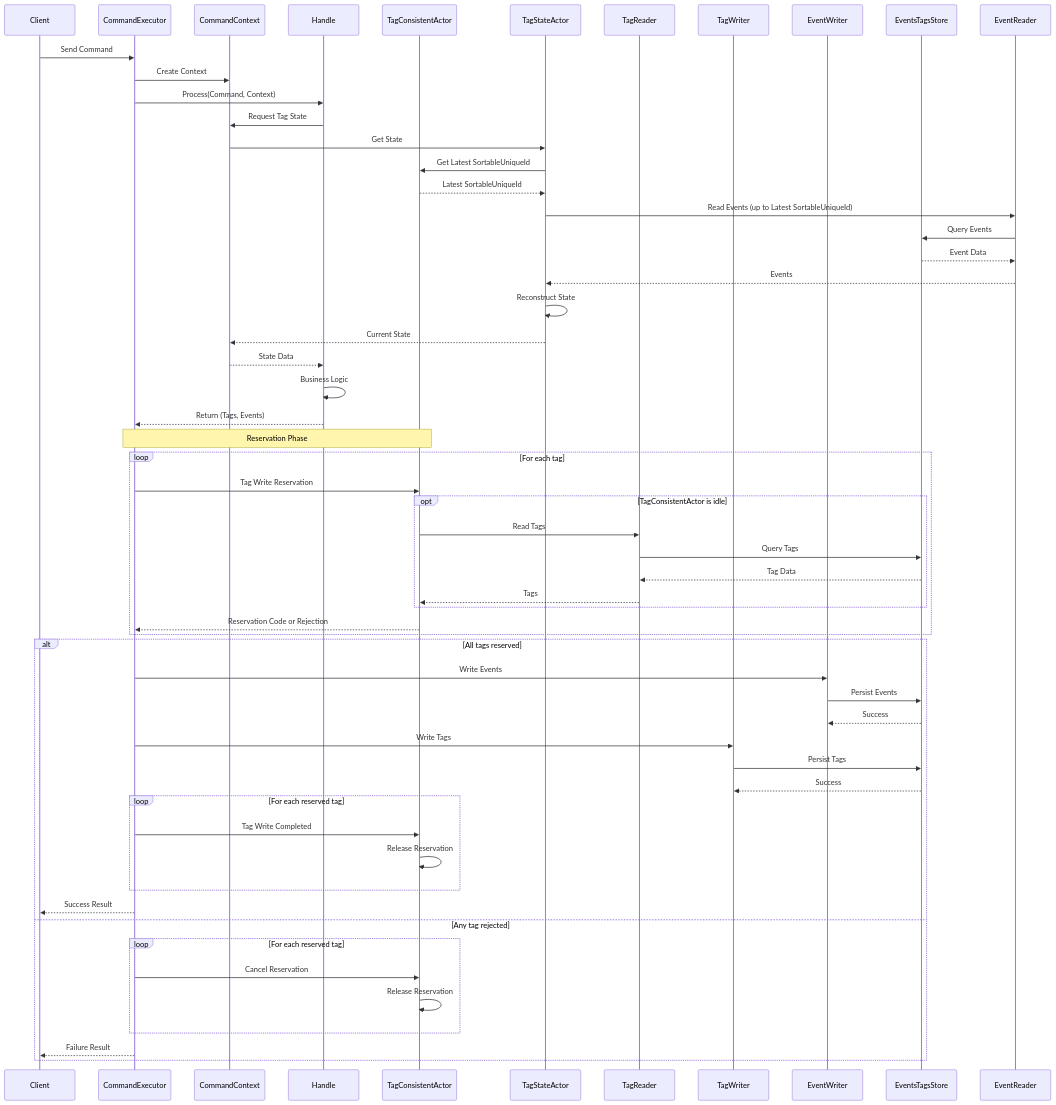
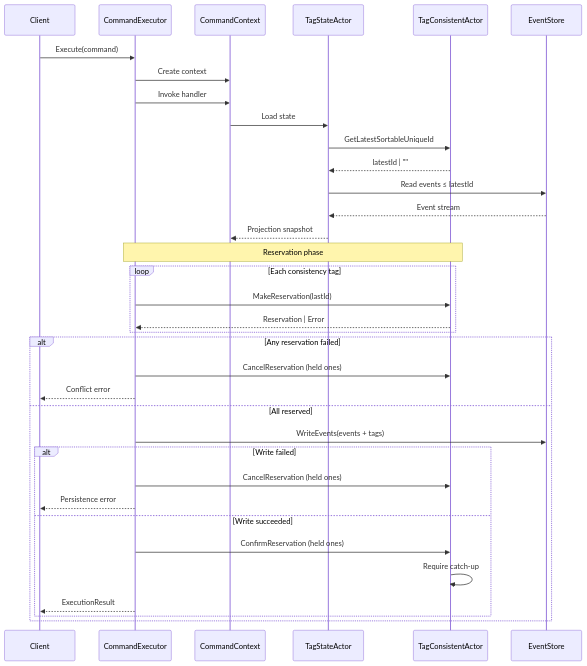
One commit to J-Tech-Japan/Sekiban changed the first of 2 diagrams in tasks/dcb.design/concept.md. Above: the diagram before and after it, drawn with Mermaid. The commit also changed other lines of this file and 3 other files, not shown here.

````diff
--- a/tasks/dcb.design/concept.md
+++ b/tasks/dcb.design/concept.md
@@ -142,68 +24,41 @@
 ```mermaid
 sequenceDiagram
     participant Client
     participant CommandExecutor
     participant CommandContext
-    participant Handle
+    participant TagStateActor
     participant TagConsistentActor
-    participant TagStateActor
-    participant TagReader
-    participant TagWriter
-    participant EventWriter
-    participant EventsTagsStore
-    
-    Client->>CommandExecutor: Send Command
-    CommandExecutor->>CommandContext: Create Context
-    CommandExecutor->>Handle: Process(Command, Context)
-    
-    Handle->>CommandContext: Request Tag State
-    CommandContext->>TagStateActor: Get State
-    TagStateActor->>TagConsistentActor: Get Latest SortableUniqueId
-    TagConsistentActor-->>TagStateActor: Latest SortableUniqueId
-    TagStateActor->>EventReader: Read Events (up to Latest SortableUniqueId)
-    EventReader->>EventsTagsStore: Query Events
-    EventsTagsStore-->>EventReader: Event Data
-    EventReader-->>TagStateActor: Events
-    TagStateActor->>TagStateActor: Reconstruct State
-    TagStateActor-->>CommandContext: Current State
-    CommandContext-->>Handle: State Data
-    
-    Handle->>Handle: Business Logic
-    Handle-->>CommandExecutor: Return (Tags, Events)
-    
-    Note over CommandExecutor,TagConsistentActor: Reservation Phase
-    loop For each tag
-        CommandExecutor->>TagConsistentActor: Tag Write Reservation
-        opt TagConsistentActor is idle
-            TagConsistentActor->>TagReader: Read Tags
-            TagReader->>EventsTagsStore: Query Tags
-            EventsTagsStore-->>TagReader: Tag Data
-            TagReader-->>TagConsistentActor: Tags
+    participant EventStore
+
+    Client->>CommandExecutor: Execute(command)
+    CommandExecutor->>CommandContext: Create context
+    CommandExecutor->>CommandContext: Invoke handler
+
+    CommandContext->>TagStateActor: Load state
+    TagStateActor->>TagConsistentActor: GetLatestSortableUniqueId
+    TagConsistentActor-->>TagStateActor: latestId | ""
+    TagStateActor->>EventStore: Read events ≤ latestId
+    EventStore-->>TagStateActor: Event stream
+    TagStateActor-->>CommandContext: Projection snapshot
+
+    Note over CommandExecutor,TagConsistentActor: Reservation phase
+    loop Each consistency tag
+        CommandExecutor->>TagConsistentActor: MakeReservation(lastId)
+        TagConsistentActor-->>CommandExecutor: Reservation | Error
+    end
+
+    alt Any reservation failed
+        CommandExecutor->>TagConsistentActor: CancelReservation (held ones)
+        CommandExecutor-->>Client: Conflict error
+    else All reserved
+        CommandExecutor->>EventStore: WriteEvents(events + tags)
+        alt Write failed
+            CommandExecutor->>TagConsistentActor: CancelReservation (held ones)
+            CommandExecutor-->>Client: Persistence error
+        else Write succeeded
+            CommandExecutor->>TagConsistentActor: ConfirmReservation (held ones)
+            TagConsistentActor->>TagConsistentActor: Require catch-up
+            CommandExecutor-->>Client: ExecutionResult
         end
-        TagConsistentActor-->>CommandExecutor: Reservation Code or Rejection
-    end
-    
-    alt All tags reserved
-        CommandExecutor->>EventWriter: Write Events
-        EventWriter->>EventsTagsStore: Persist Events
-        EventsTagsStore-->>EventWriter: Success
-        
-        CommandExecutor->>TagWriter: Write Tags
-        TagWriter->>EventsTagsStore: Persist Tags
-        EventsTagsStore-->>TagWriter: Success
-        
-        loop For each reserved tag
-            CommandExecutor->>TagConsistentActor: Tag Write Completed
-            TagConsistentActor->>TagConsistentActor: Release Reservation
-        end
-        
-        CommandExecutor-->>Client: Success Result
-    else Any tag rejected
-        loop For each reserved tag
-            CommandExecutor->>TagConsistentActor: Cancel Reservation
-            TagConsistentActor->>TagConsistentActor: Release Reservation
-        end
-        
-        CommandExecutor-->>Client: Failure Result
     end
 ```
````
